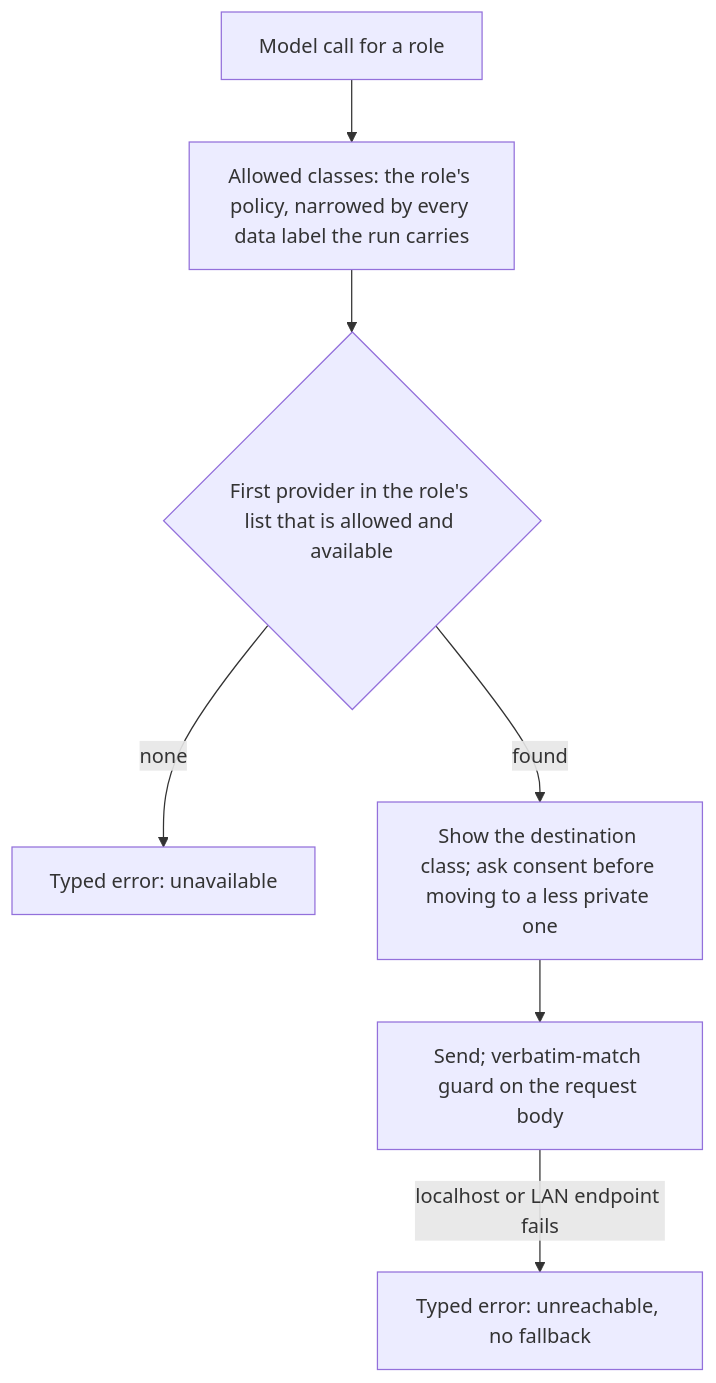
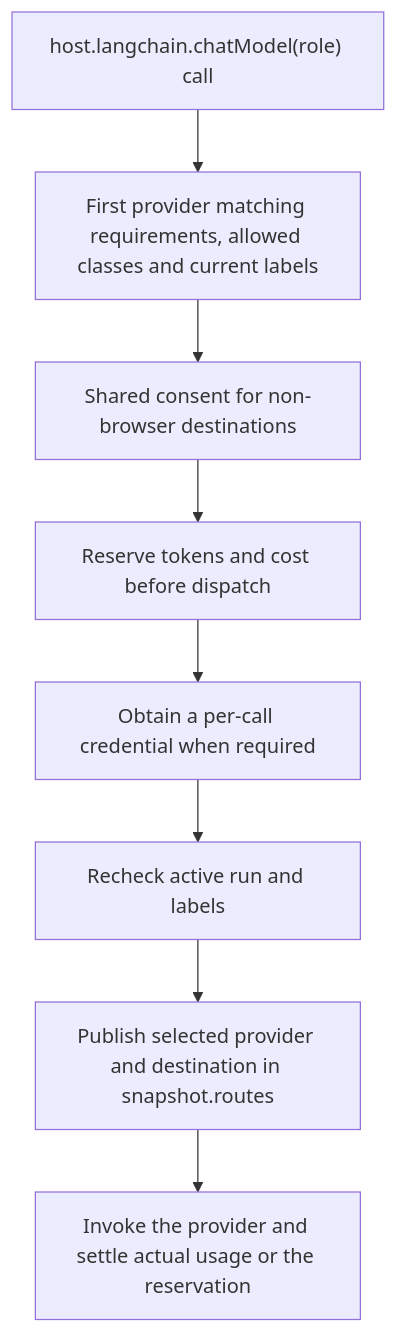
Before and after one commit to vinhnxv/galaxie: the seventh of 8 diagrams in docs/system-design.md, drawn with Mermaid. The commit also changed other lines of this file and 2 other files, not shown here.

Commit message:
docs: describe the implemented model router and its limits

````diff
--- a/docs/system-design.md
+++ b/docs/system-design.md
@@ -309,9 +314,10 @@
 ```mermaid
 flowchart TD
-    Call["Model call for a role"] --> Allowed["Allowed classes: the role's policy, narrowed by every data label the run carries"]
-    Allowed --> Pick{"First provider in the role's list that is allowed and available"}
-    Pick -- none --> Unavailable["Typed error: unavailable"]
-    Pick -- found --> Notice["Show the destination class; ask consent before moving to a less private one"]
-    Notice --> Send["Send; verbatim-match guard on the request body"]
-    Send -- "localhost or LAN endpoint fails" --> Unreachable["Typed error: unreachable, no fallback"]
+    Call["host.langchain.chatModel(role) call"] --> Pick["First provider matching requirements, allowed classes and current labels"]
+    Pick --> Consent["Shared consent for non-browser destinations"]
+    Consent --> Reserve["Reserve tokens and cost before dispatch"]
+    Reserve --> Credential["Obtain a per-call credential when required"]
+    Credential --> Check["Recheck active run and labels"]
+    Check --> Notice["Publish selected provider and destination in snapshot.routes"]
+    Notice --> Send["Invoke the provider and settle actual usage or the reservation"]
 ```
````
